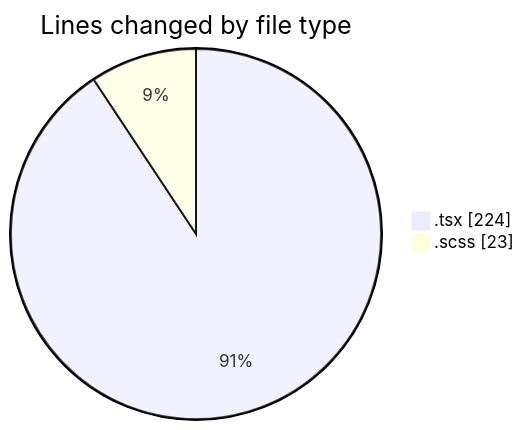
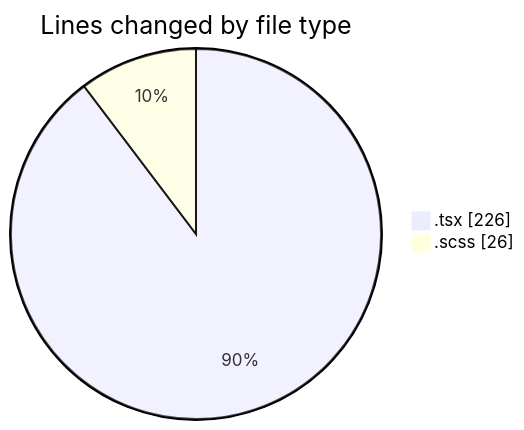
One commit to momahboobian/code-tracking changed the first of 2 diagrams in 2025-02-13/cda/README.md. Above: the diagram before and after it, drawn with Mermaid. The commit also changed other lines of this file and 1 other file, not shown here.

````diff
--- a/2025-02-13/cda/README.md
+++ b/2025-02-13/cda/README.md
@@ -24,6 +24,6 @@
 ```mermaid
 pie showData
 title Lines changed by file type
-".tsx" : 224
-".scss" : 23
+".tsx" : 226
+".scss" : 26
 ```
````
